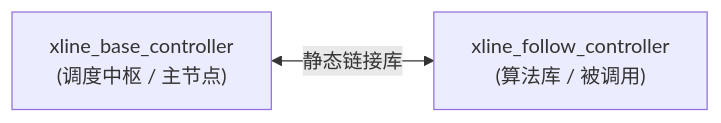
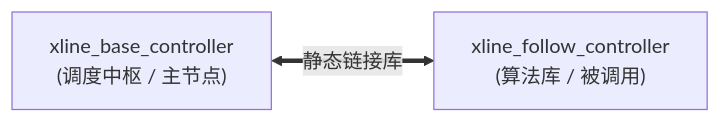
One commit to monstersjack/obsidian__ubuntu__project changed the third of 4 diagrams in a_黎伯项目/a__第一版机器相关代码及自述文件/readme/01_系统架构总览.md. Above: the diagram before and after it, drawn with Mermaid. The commit also changed other lines of this file and 14 other files, not shown here.

````diff
--- a/a_黎伯项目/a__第一版机器相关代码及自述文件/readme/01_系统架构总览.md
+++ b/a_黎伯项目/a__第一版机器相关代码及自述文件/readme/01_系统架构总览.md
@@ -438,4 +487,4 @@
 ```mermaid
 flowchart LR
-    B["xline_base_controller<br/>(调度中枢 / 主节点)"] <--静态链接库--> F["xline_follow_controller<br/>(算法库 / 被调用)"]
+    A["xline_base_controller<br/>(调度中枢 / 主节点)"] <==>|"静态链接库"| B["xline_follow_controller<br/>(算法库 / 被调用)"]
 ```
````
